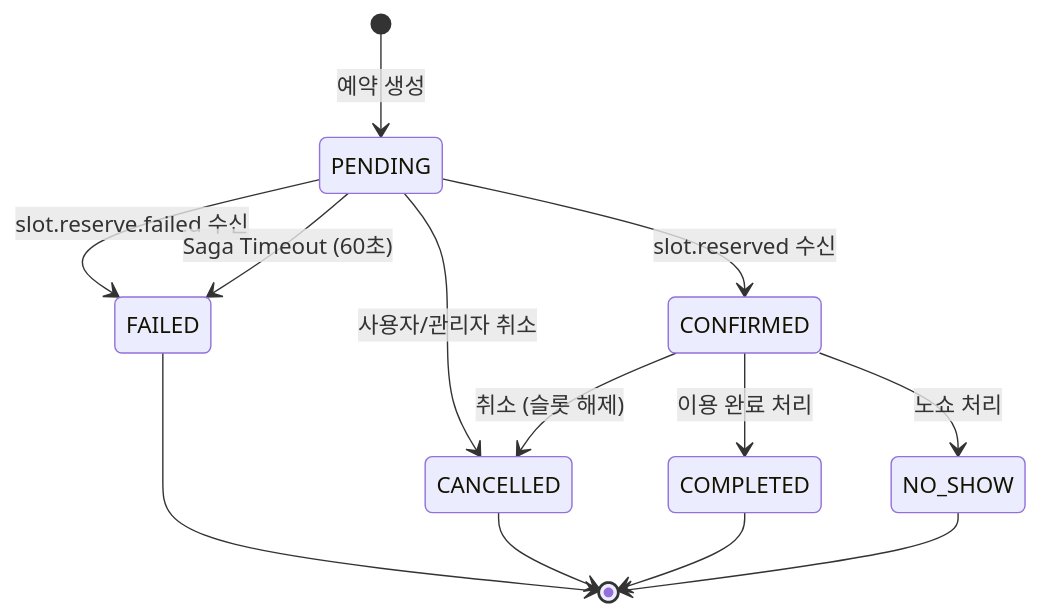
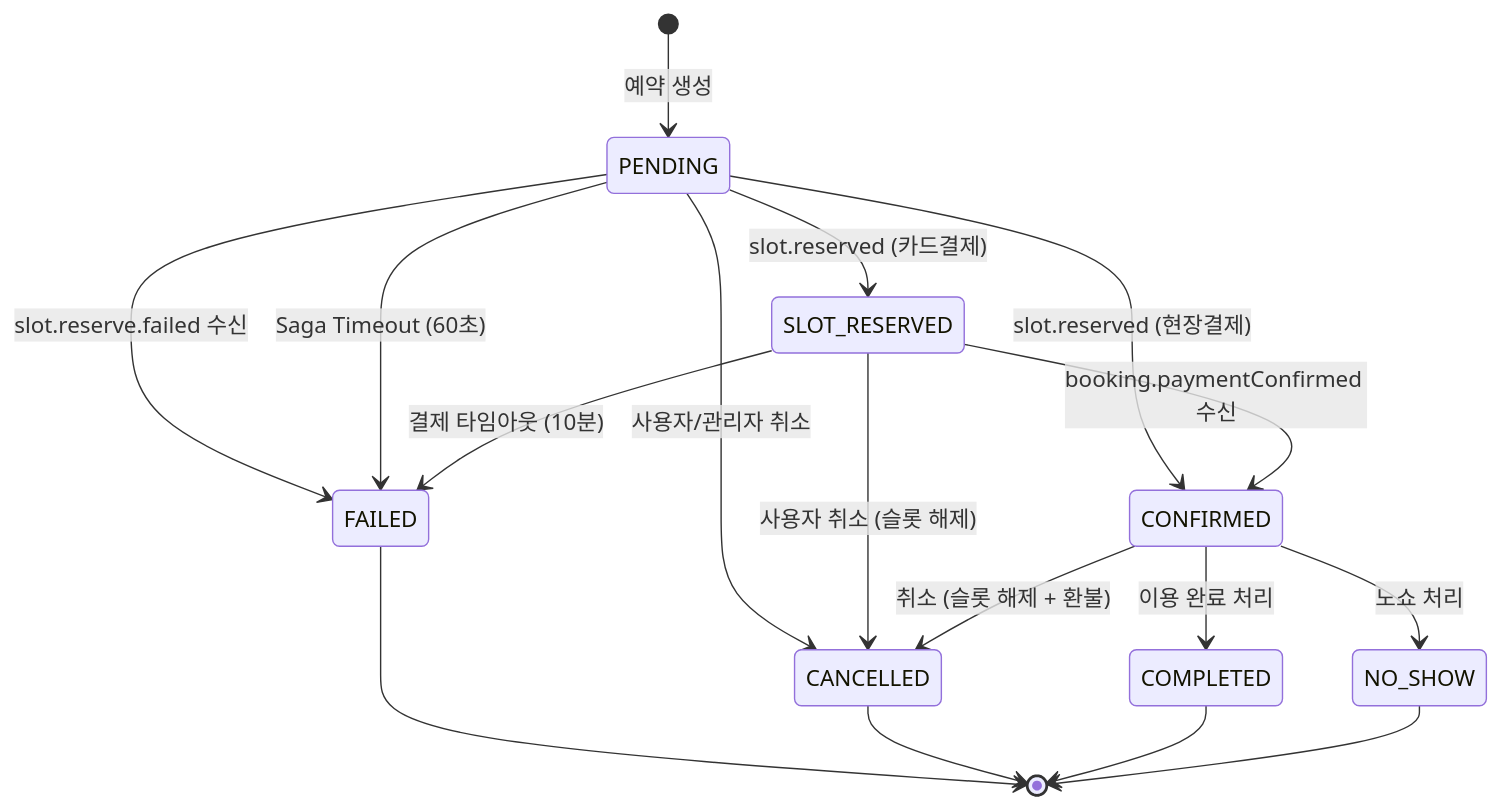
Before and after one commit to uniyous/parkgolf-platform: the third of 12 diagrams in docs/BOOKING_WORKFLOW.md, drawn with Mermaid. The commit also changed other lines of this file and 4 other files, not shown here.

First line of the commit message:
feat(booking): Saga에 결제 프로세스 통합 (SLOT_RESERVED 활성화)

````diff
--- a/docs/BOOKING_WORKFLOW.md
+++ b/docs/BOOKING_WORKFLOW.md
@@ -143,18 +167,23 @@
 ```mermaid
 stateDiagram-v2
     [*] --> PENDING: 예약 생성
 
-    PENDING --> CONFIRMED: slot.reserved 수신
+    PENDING --> SLOT_RESERVED: slot.reserved (카드결제)
+    PENDING --> CONFIRMED: slot.reserved (현장결제)
     PENDING --> FAILED: slot.reserve.failed 수신
     PENDING --> FAILED: Saga Timeout (60초)
     PENDING --> CANCELLED: 사용자/관리자 취소
 
-    CONFIRMED --> CANCELLED: 취소 (슬롯 해제)
+    SLOT_RESERVED --> CONFIRMED: booking.paymentConfirmed 수신
+    SLOT_RESERVED --> FAILED: 결제 타임아웃 (10분)
+    SLOT_RESERVED --> CANCELLED: 사용자 취소 (슬롯 해제)
+
+    CONFIRMED --> CANCELLED: 취소 (슬롯 해제 + 환불)
     CONFIRMED --> COMPLETED: 이용 완료 처리
     CONFIRMED --> NO_SHOW: 노쇼 처리
 
     FAILED --> [*]
     CANCELLED --> [*]
     COMPLETED --> [*]
     NO_SHOW --> [*]
 ```
````
